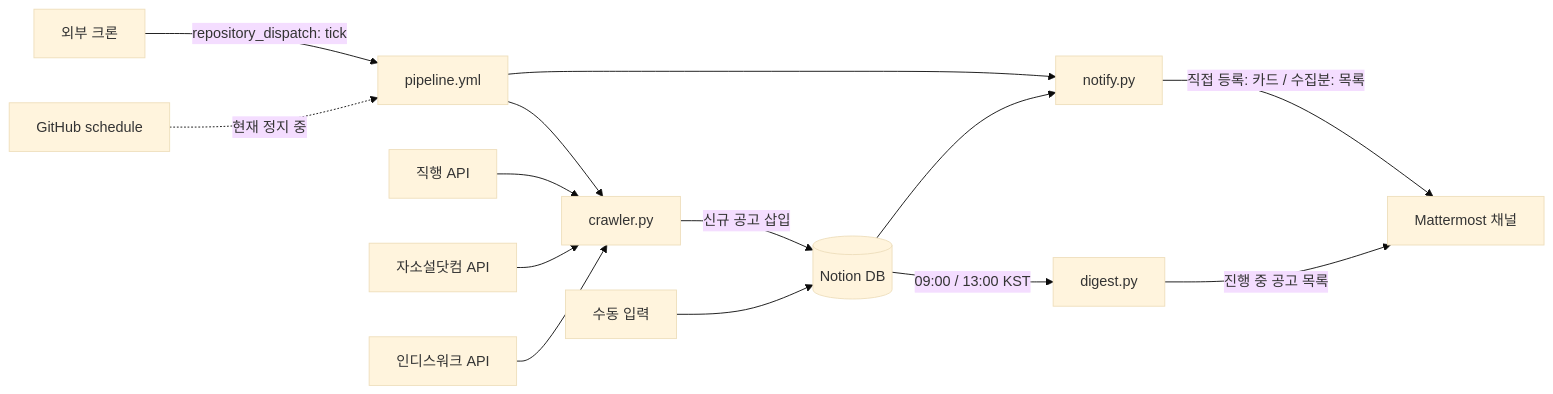
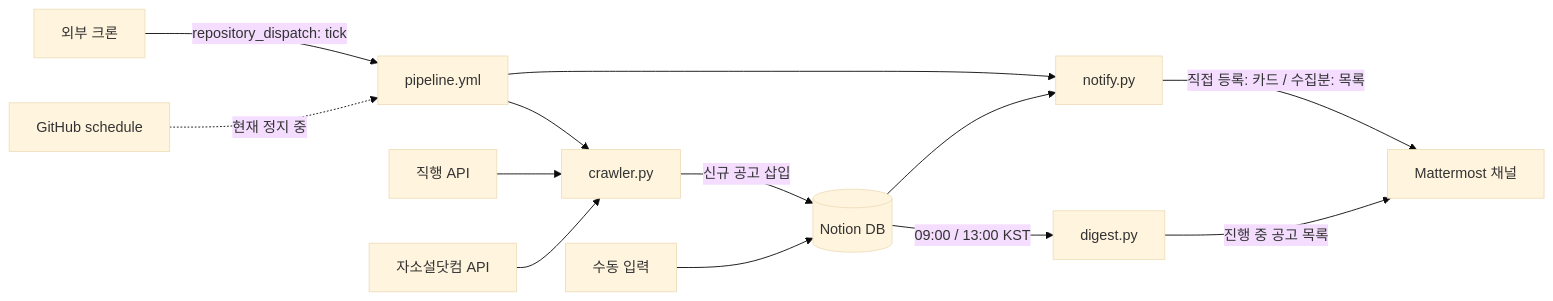
One commit to KangRyun/job-radar changed the diagram in README.md. Above: the diagram before and after it, drawn with Mermaid (base theme). The commit also changed other lines of this file and 2 other files, not shown here.

First line of the commit message:
chore: 인디스워크 크롤링 중단 + Notion에서 194건 삭제

````diff
--- a/README.md
+++ b/README.md
@@ -6,16 +6,15 @@
 ```mermaid
 flowchart LR
     T[외부 크론] -->|repository_dispatch: tick| P
     S[GitHub schedule] -.->|현재 정지 중| P
     P[pipeline.yml] --> C[crawler.py]
     A[직행 API] --> C
     B[자소설닷컴 API] --> C
-    B2[인디스워크 API] --> C
     C -->|신규 공고 삽입| D[(Notion DB)]
     E[수동 입력] --> D
     P --> F[notify.py]
     D --> F
     D -->|09:00 / 13:00 KST| G[digest.py]
     F -->|직접 등록: 카드 / 수집분: 목록| H[Mattermost 채널]
     G -->|진행 중 공고 목록| H
 ```
````
